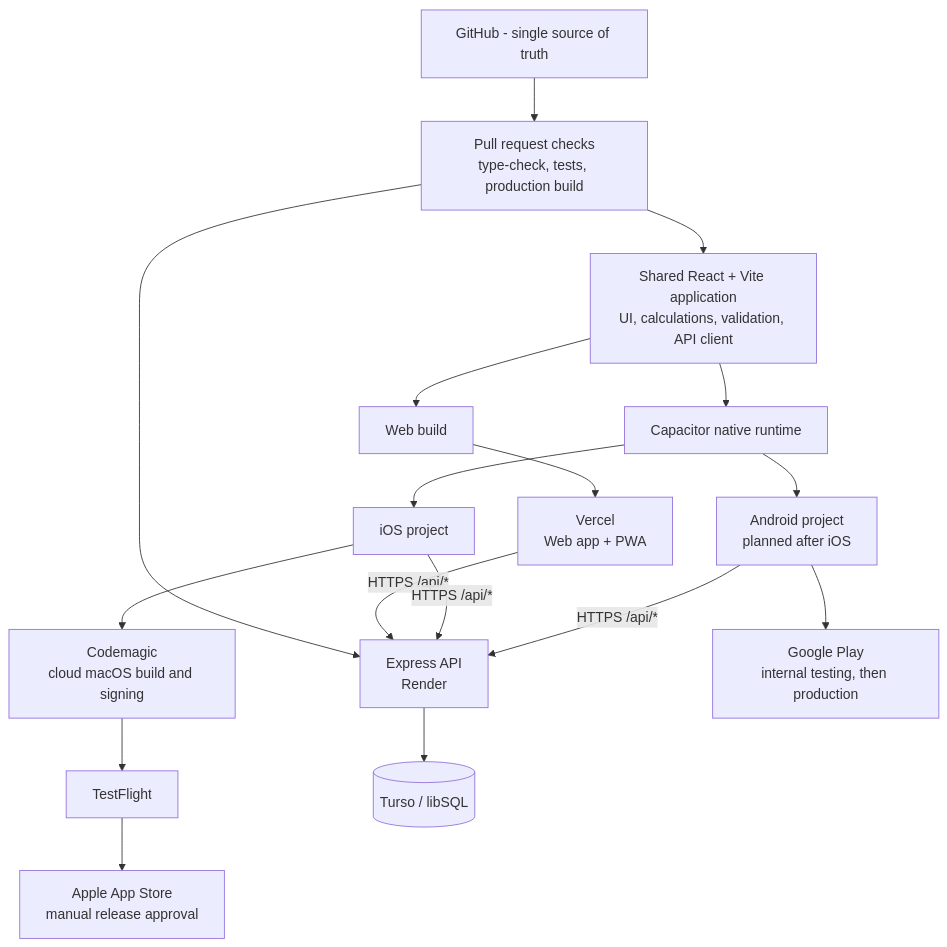
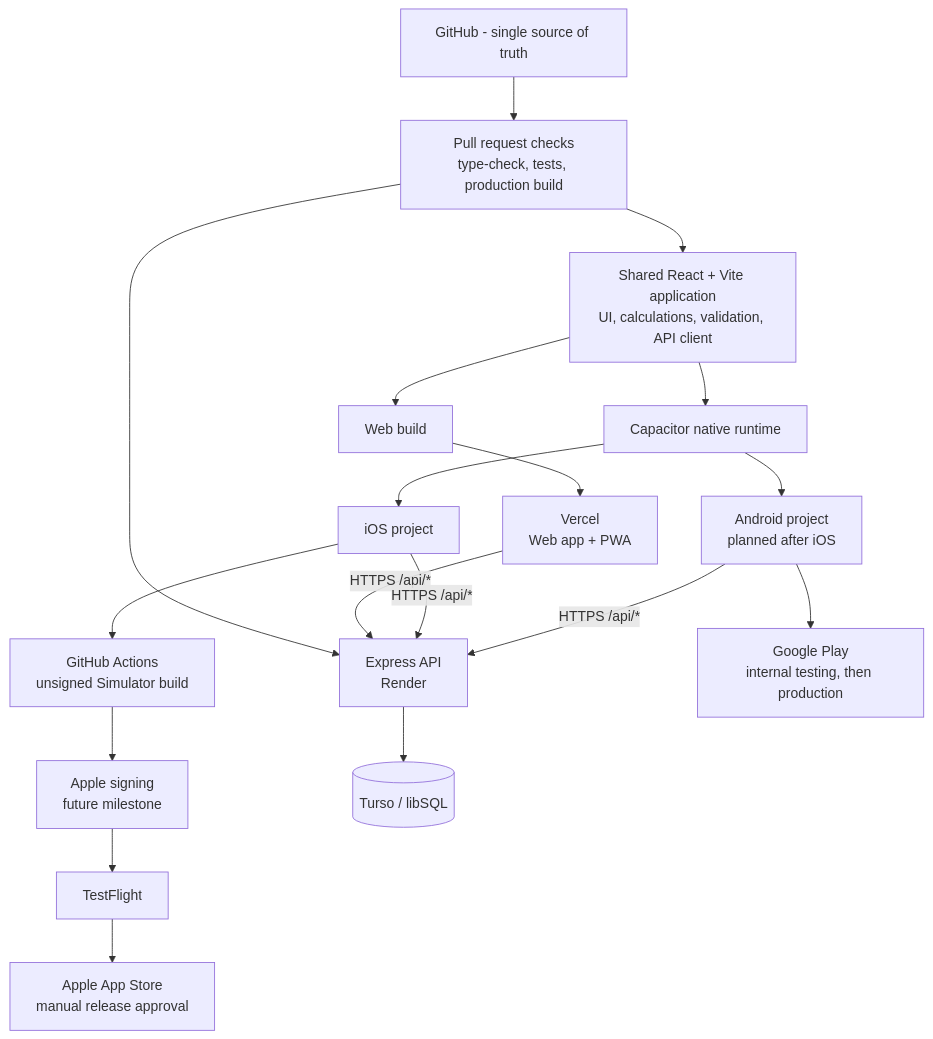
The first of 3 diagrams in README.md (Ezaz-Ahmad/WagesTracker), drawn with Mermaid before and after one commit. The commit also changed other lines of this file and 30 other files, not shown here.

Commit message:
feat: add Capacitor iOS shell and cloud build

````diff
--- a/README.md
+++ b/README.md
@@ -73,23 +73,24 @@
 ```mermaid
 flowchart TD
     Source["GitHub - single source of truth"] --> CI["Pull request checks<br/>type-check, tests, production build"]
     CI --> Shared["Shared React + Vite application<br/>UI, calculations, validation, API client"]
     CI --> API["Express API<br/>Render"]
 
     Shared --> Web["Web build"]
     Web --> Vercel["Vercel<br/>Web app + PWA"]
 
     Shared --> Capacitor["Capacitor native runtime"]
     Capacitor --> IOS["iOS project"]
-    IOS --> Codemagic["Codemagic<br/>cloud macOS build and signing"]
-    Codemagic --> TestFlight["TestFlight"]
+    IOS --> Actions["GitHub Actions<br/>unsigned Simulator build"]
+    Actions --> Signing["Apple signing<br/>future milestone"]
+    Signing --> TestFlight["TestFlight"]
     TestFlight --> AppStore["Apple App Store<br/>manual release approval"]
 
     Capacitor --> Android["Android project<br/>planned after iOS"]
     Android --> Play["Google Play<br/>internal testing, then production"]
 
     Vercel -->|"HTTPS /api/*"| API
     IOS -->|"HTTPS /api/*"| API
     Android -->|"HTTPS /api/*"| API
     API --> DB[("Turso / libSQL")]
 ```
````
